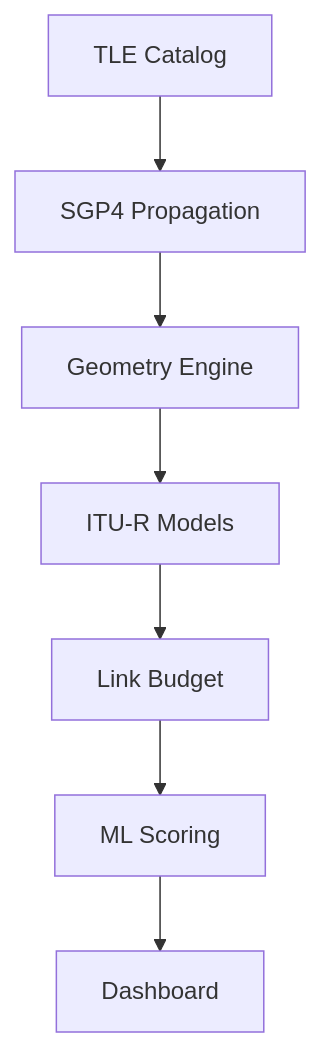
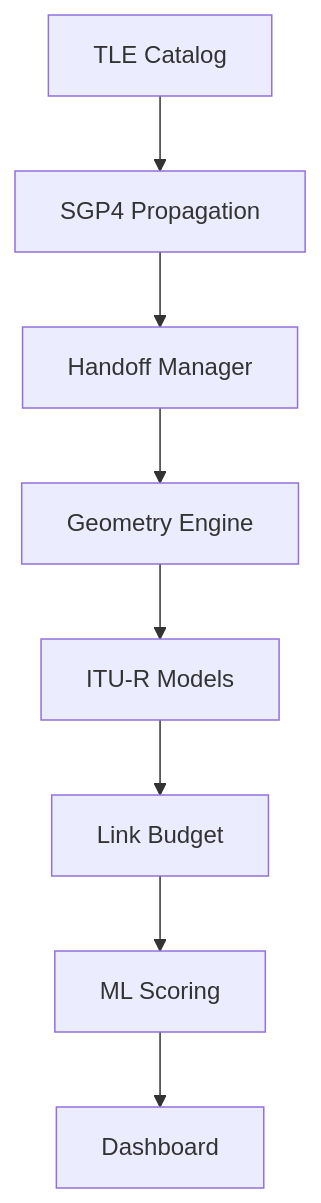
Before and after one commit to Satyanshgaur/RainCast: the diagram in readme.md, drawn with Mermaid. The commit also changed other lines of this file, not shown here.

````diff
--- a/readme.md
+++ b/readme.md
@@ -22,9 +23,10 @@
 ```mermaid
 graph TD
     A[TLE Catalog] --> B[SGP4 Propagation]
-    B --> C[Geometry Engine]
-    C --> D[ITU-R Models]
-    D --> E[Link Budget]
-    E --> F[ML Scoring]
-    F --> G[Dashboard]
+    B --> C[Handoff Manager]
+    C --> D[Geometry Engine]
+    D --> E[ITU-R Models]
+    E --> F[Link Budget]
+    F --> G[ML Scoring]
+    G --> H[Dashboard]
 ```
````
